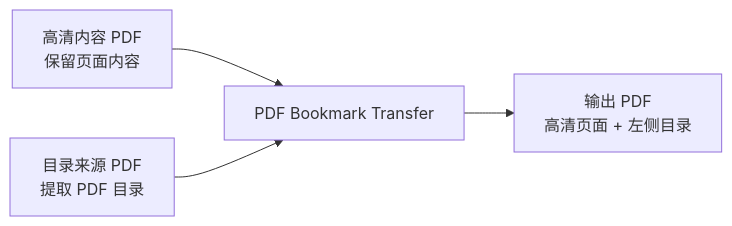
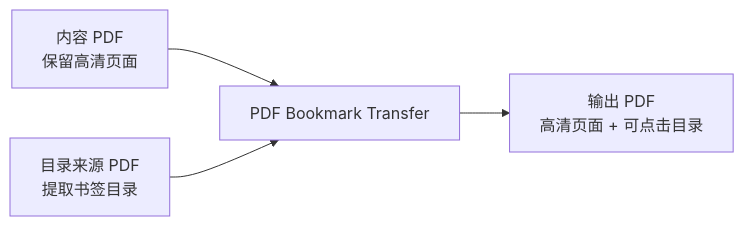
Before and after one commit to Zhairest/PDF_Bookmark_Transfer: the diagram in README.md, drawn with Mermaid. The commit also changed other lines of this file and 8 other files, not shown here.

````diff
--- a/README.md
+++ b/README.md
@@ -75,6 +80,6 @@
 ```mermaid
 flowchart LR
-    A[高清内容 PDF<br/>保留页面内容] --> C[PDF Bookmark Transfer]
-    B[目录来源 PDF<br/>提取 PDF 目录] --> C
-    C --> D[输出 PDF<br/>高清页面 + 左侧目录]
+    A[内容 PDF<br/>保留高清页面] --> C[PDF Bookmark Transfer]
+    B[目录来源 PDF<br/>提取书签目录] --> C
+    C --> D[输出 PDF<br/>高清页面 + 可点击目录]
 ```
````
